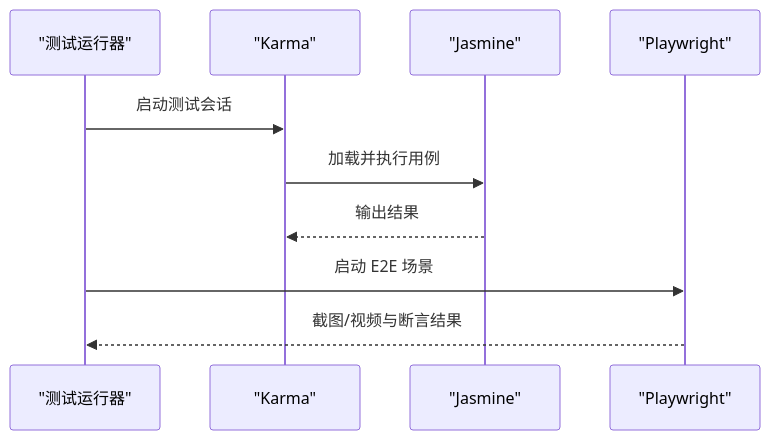
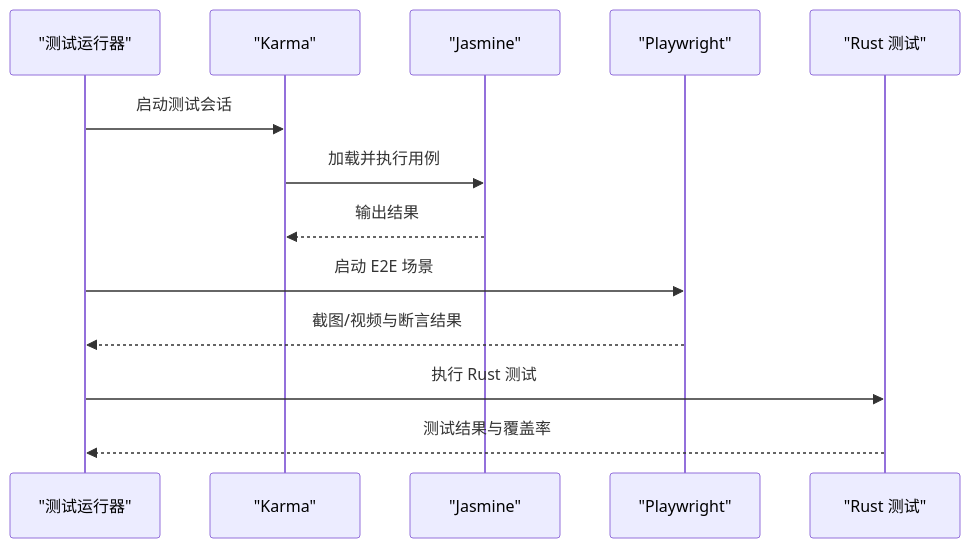
One commit to rzhangjing/cesium changed the sixth of 10 diagrams in .qoder/repowiki/zh/content/项目概述/技术栈.md. Above: the diagram before and after it, drawn with Mermaid. The commit also changed other lines of this file and 60 other files, not shown here.

````diff
--- a/.qoder/repowiki/zh/content/项目概述/技术栈.md
+++ b/.qoder/repowiki/zh/content/项目概述/技术栈.md
@@ -261,12 +412,15 @@
 ```mermaid
 sequenceDiagram
 participant Runner as "测试运行器"
 participant Karma as "Karma"
 participant Jasmine as "Jasmine"
 participant PW as "Playwright"
+participant RustTest as "Rust 测试"
 Runner->>Karma : 启动测试会话
 Karma->>Jasmine : 加载并执行用例
 Jasmine-->>Karma : 输出结果
 Runner->>PW : 启动 E2E 场景
 PW-->>Runner : 截图/视频与断言结果
+Runner->>RustTest : 执行 Rust 测试
+RustTest-->>Runner : 测试结果与覆盖率
 ```
````
